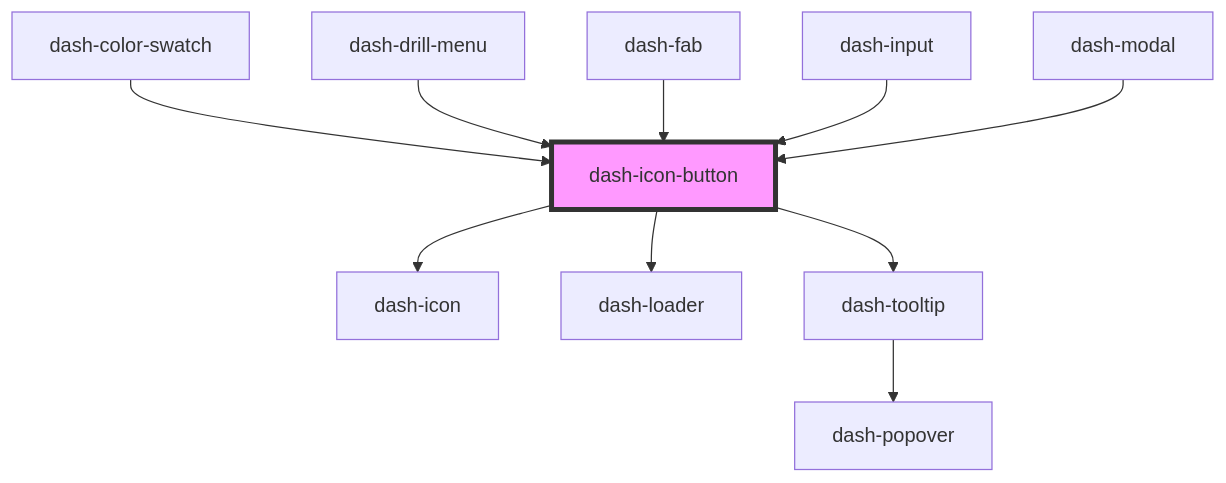
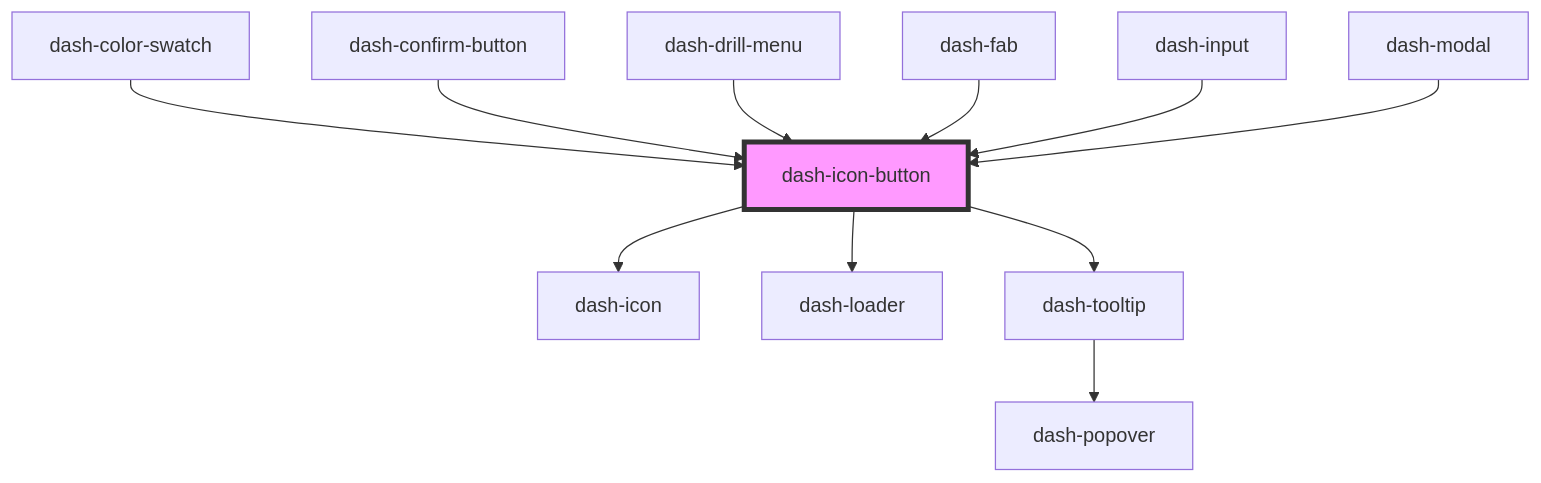
The diagram in packages/dash-components/src/components/dash-icon-button/readme.md (jmanke/dash), drawn with Mermaid before and after one commit. The commit also changed other lines of this file and 6 other files, not shown here.

Commit message:
move dash-confirm-button to dash-components

````diff
--- a/packages/dash-components/src/components/dash-icon-button/readme.md
+++ b/packages/dash-components/src/components/dash-icon-button/readme.md
@@ -53,13 +54,14 @@
 ```mermaid
 graph TD;
   dash-icon-button --> dash-icon
   dash-icon-button --> dash-loader
   dash-icon-button --> dash-tooltip
   dash-tooltip --> dash-popover
   dash-color-swatch --> dash-icon-button
+  dash-confirm-button --> dash-icon-button
   dash-drill-menu --> dash-icon-button
   dash-fab --> dash-icon-button
   dash-input --> dash-icon-button
   dash-modal --> dash-icon-button
   style dash-icon-button fill:#f9f,stroke:#333,stroke-width:4px
 ```
````
